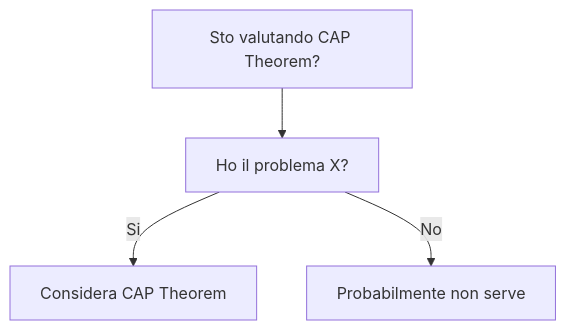
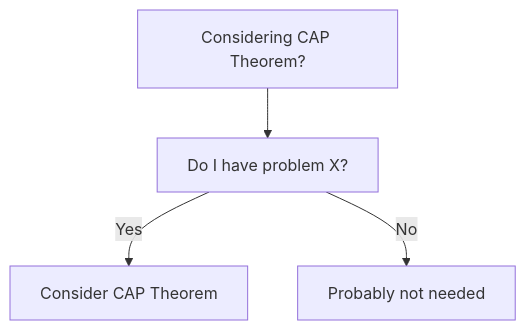
The diagram in dev-wiki/05_Distributed_Systems/CAP_Theorem/When_To_Use.md (HxT9/Software-Dev-Wiki), drawn with Mermaid before and after one commit. The commit also changed other lines of this file and 3444 other files, not shown here.

````diff
--- a/dev-wiki/05_Distributed_Systems/CAP_Theorem/When_To_Use.md
+++ b/dev-wiki/05_Distributed_Systems/CAP_Theorem/When_To_Use.md
@@ -19,6 +19,6 @@
 ```mermaid
 flowchart TD
-  Q[Sto valutando CAP Theorem?] --> Q1[Ho il problema X?]
-  Q1 -->|Si| OK[Considera CAP Theorem]
-  Q1 -->|No| NO[Probabilmente non serve]
+  Q[Considering CAP Theorem?] --> Q1[Do I have problem X?]
+  Q1 -->|Yes| OK[Consider CAP Theorem]
+  Q1 -->|No| NO[Probably not needed]
 ```
````
